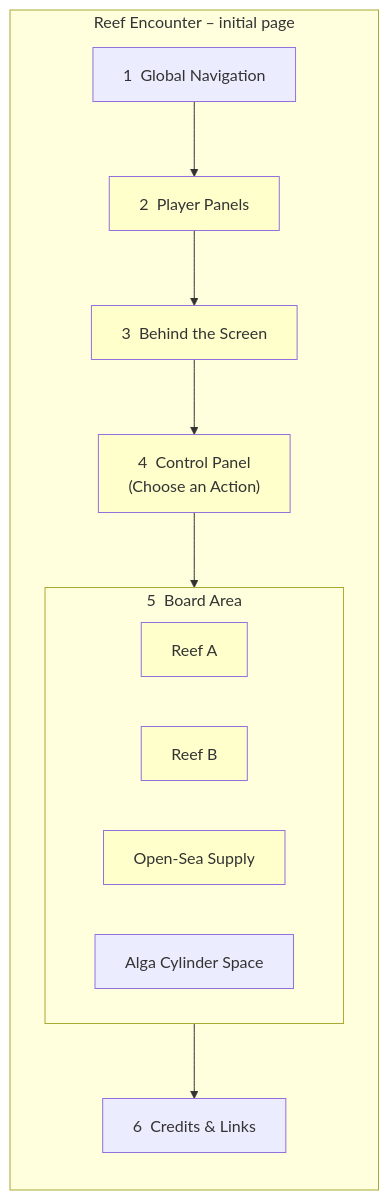
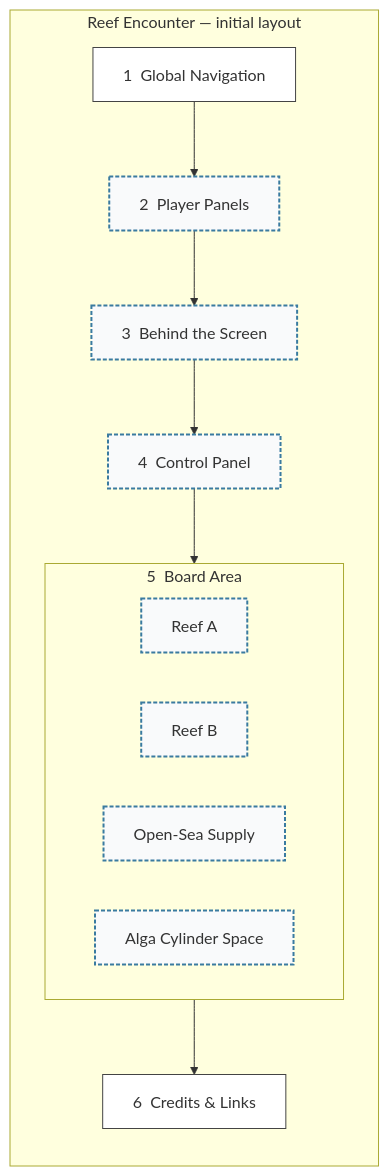
Before and after one commit to JMal32/CS3270-Web-Prog-Spring-2025: the diagram in hw7/wireframe.mmd, drawn with Mermaid. The commit also changed 1 other file, not shown here.

```diff
--- a/hw7/wireframe.mmd
+++ b/hw7/wireframe.mmd
@@ -1,26 +1,25 @@
-flowchart TD
-  subgraph Page["Reef Encounter – initial page"]
+flowchart TB
+  %% ===== page structure =====
+  subgraph Page["Reef Encounter — initial layout"]
     direction TB
-    Nav["1  Global Navigation"]
-    Players["2  Player Panels"]
-    Hand["3  Behind the Screen"]
-    Actions["4  Control Panel<br/>(Choose an Action)"]
-    subgraph BoardGrid["5  Board Area"]
-      Reef1["Reef A"]
-      Reef2["Reef B"]
-      Supply["Open‑Sea Supply"]
-      Alga["Alga Cylinder Space"]
+    Nav["1  Global Navigation"]
+    Players["2  Player Panels"]:::dyn
+    Hand["3  Behind&nbsp;the&nbsp;Screen"]:::dyn
+    Actions["4  Control&nbsp;Panel"]:::dyn
+
+    subgraph Board["5  Board&nbsp;Area"]
+      ReefA["Reef A"]:::dyn
+      ReefB["Reef B"]:::dyn
+      Supply["Open‑Sea Supply"]:::dyn
+      Alga["Alga Cylinder Space"]:::dyn
     end
-    Footer["6  Credits & Links"]
+
+    Footer["6  Credits & Links"]
   end
 
-  Nav --> Players --> Hand --> Actions --> BoardGrid --> Footer
+  %% ===== flow arrows just for visual order =====
+  Nav --> Players --> Hand --> Actions --> Board --> Footer
 
-  %% call‑outs where PHP is needed
-  classDef dyn fill:#ffc,parentstroke-width:2;
-  Players:::dyn
-  Hand:::dyn
-  Actions:::dyn
-  Reef1:::dyn
-  Reef2:::dyn
-  Supply:::dyn
+  %% ===== styling =====
+  classDef dyn stroke:#3A7BA0,stroke-width:2,stroke-dasharray: 4 2,fill:#F9FAFB;
+  classDef default stroke:#444,fill:#FFFFFF;
```
